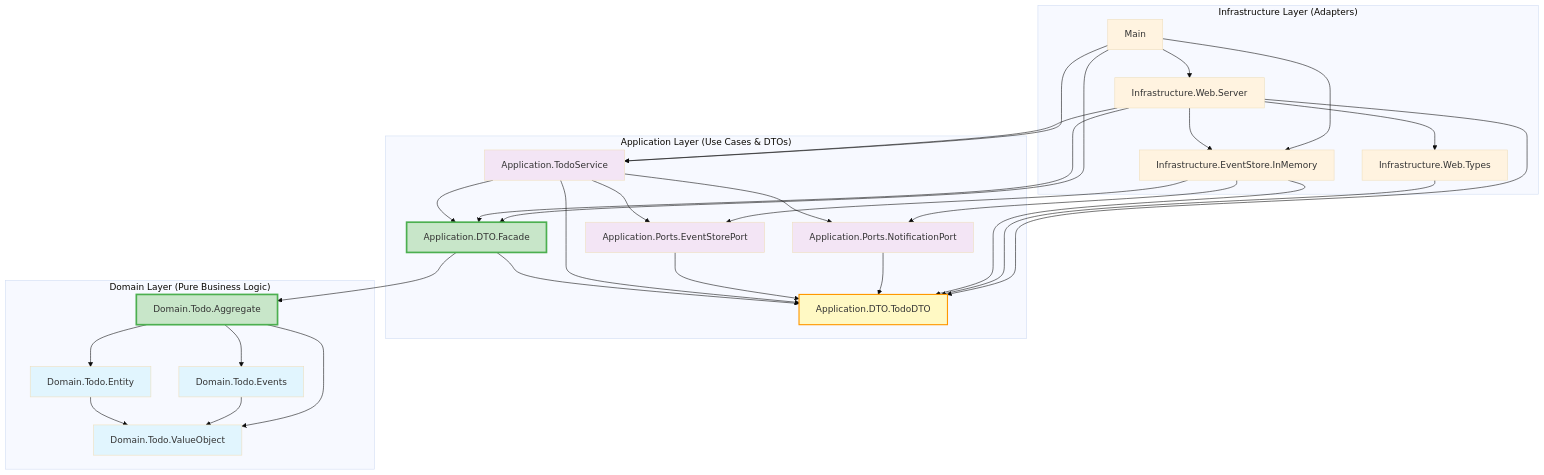
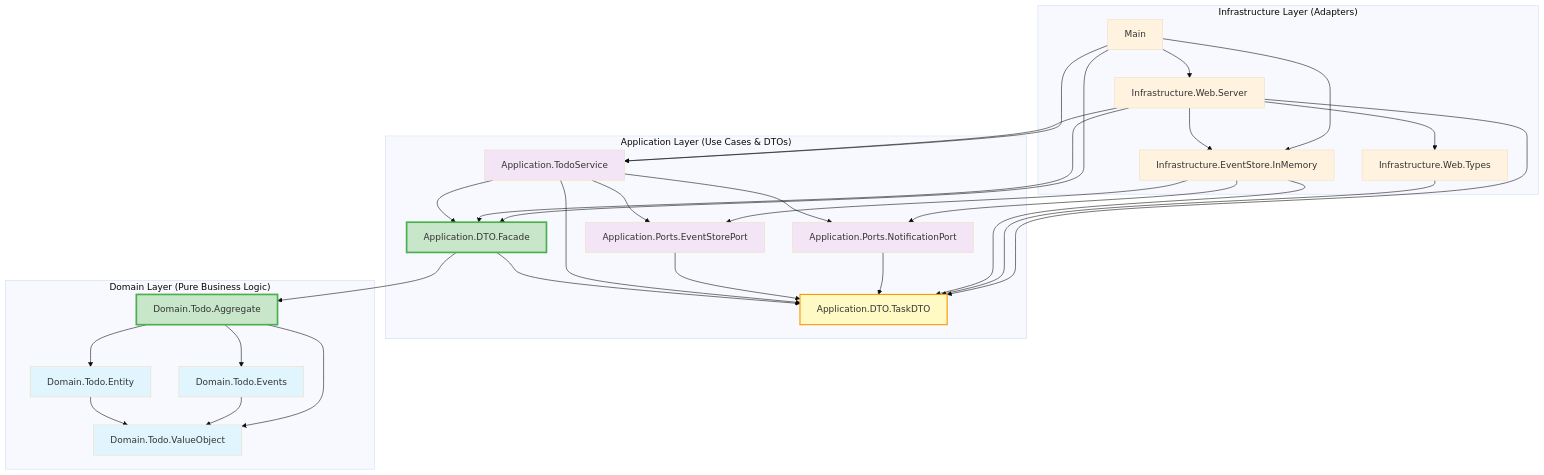
One commit to Otto148524/todo-ddd changed the diagram in README.md. Above: the diagram before and after it, drawn with Mermaid (base theme). The commit also changed other lines of this file and 11 other files, not shown here.

````diff
--- a/README.md
+++ b/README.md
@@ -13,69 +13,69 @@
 ```mermaid
 graph TB
     subgraph "Infrastructure Layer (Adapters)"
         InfraWebServer[Infrastructure.Web.Server]
         InfraWebTypes[Infrastructure.Web.Types]
         InfraMemory[Infrastructure.EventStore.InMemory]
         MainApp[Main]
     end
 
     subgraph "Application Layer (Use Cases & DTOs)"
         AppService[Application.TodoService]
         AppFacade[Application.DTO.Facade]
-        AppDTO[Application.DTO.TodoDTO]
+        AppDTO[Application.DTO.TaskDTO]
         AppEventPort[Application.Ports.EventStorePort]
         AppNotificationPort[Application.Ports.NotificationPort]
     end
 
     subgraph "Domain Layer (Pure Business Logic)"
         DomainAggregate[Domain.Todo.Aggregate]
         DomainEntity[Domain.Todo.Entity]
         DomainEvents[Domain.Todo.Events]
         DomainVO[Domain.Todo.ValueObject]
     end
 
     %% Domain internal dependencies
     DomainEntity --> DomainVO
     DomainEvents --> DomainVO
     DomainAggregate --> DomainEntity
     DomainAggregate --> DomainEvents
     DomainAggregate --> DomainVO
 
     %% Application layer - Aggregate Pattern implementation
     AppFacade --> DomainAggregate
     AppFacade --> AppDTO
     AppService --> AppFacade
     AppService --> AppDTO
     AppService --> AppEventPort
     AppService --> AppNotificationPort
     AppEventPort --> AppDTO
     AppNotificationPort --> AppDTO
 
     %% Infrastructure dependencies
     InfraMemory --> AppDTO
     InfraMemory --> AppEventPort
     InfraMemory --> AppNotificationPort
     InfraWebTypes --> AppDTO
     InfraWebServer --> AppFacade
     InfraWebServer --> AppDTO
     InfraWebServer --> AppService
     InfraWebServer --> InfraWebTypes
     InfraWebServer --> InfraMemory
     MainApp --> AppService
     MainApp --> AppFacade
     MainApp --> InfraMemory
     MainApp --> InfraWebServer
 
     %% Styling with facade pattern highlights
     classDef domain fill:#e1f5fe
     classDef application fill:#f3e5f5
     classDef infrastructure fill:#fff3e0
     classDef facade fill:#c8e6c9,stroke:#4caf50,stroke-width:3px
     classDef pureDto fill:#fff9c4,stroke:#ff9800,stroke-width:2px
 
     class DomainAggregate,DomainEntity,DomainEvents,DomainVO domain
     class AppService,AppFacade,AppDTO,AppEventPort,AppNotificationPort application
     class InfraWebServer,InfraWebTypes,InfraMemory,MainApp infrastructure
     class DomainAggregate,AppFacade facade
     class AppDTO pureDto
 ```
````
